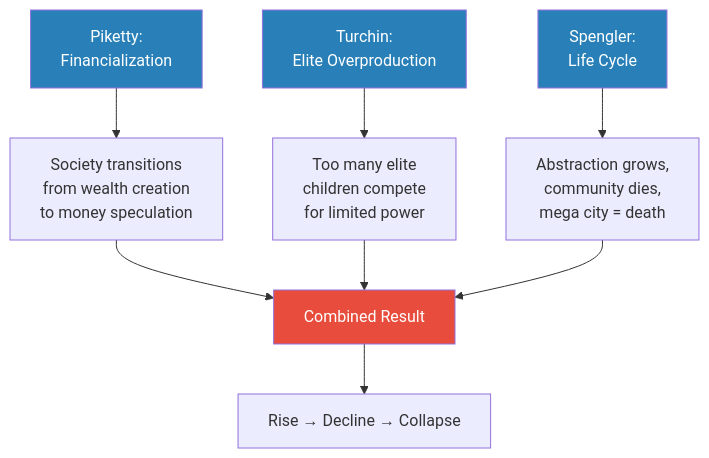
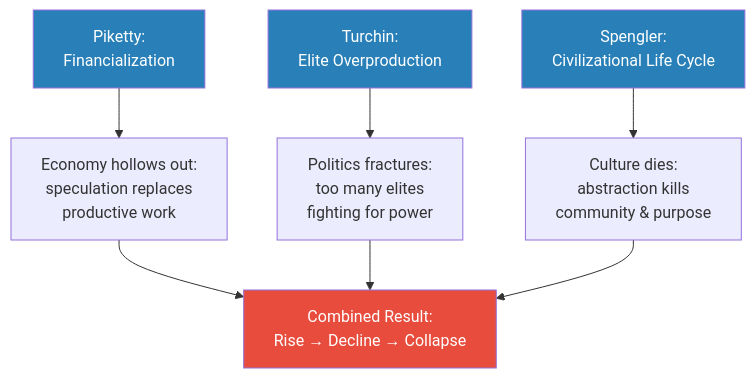
One commit to alius33/reader changed diagram 11 of 11 in summaries/Lectures/Secret History/02 - How Societies Collapse.md. Above: the diagram before and after it, drawn with Mermaid. The commit also changed other lines of this file and 26 other files, not shown here.

````diff
--- a/summaries/Lectures/Secret History/02 - How Societies Collapse.md
+++ b/summaries/Lectures/Secret History/02 - How Societies Collapse.md
@@ -529,14 +583,16 @@
 ```mermaid
 flowchart TB
-    P["Piketty:<br/>Financialization"] --> S["Society transitions<br/>from wealth creation<br/>to money speculation"]
-    T["Turchin:<br/>Elite Overproduction"] --> E["Too many elite<br/>children compete<br/>for limited power"]
-    SP["Spengler:<br/>Life Cycle"] --> A["Abstraction grows,<br/>community dies,<br/>mega city = death"]
-    S --> R["Combined Result"]
-    E --> R
-    A --> R
-    R --> C["Rise → Decline → Collapse"]
+    P["Piketty:<br/>Financialization"]
+    T["Turchin:<br/>Elite Overproduction"]
+    SP["Spengler:<br/>Civilizational Life Cycle"]
+    P --> PE["Economy hollows out:<br/>speculation replaces<br/>productive work"]
+    T --> TE["Politics fractures:<br/>too many elites<br/>fighting for power"]
+    SP --> SE["Culture dies:<br/>abstraction kills<br/>community & purpose"]
+    PE --> R["Combined Result:<br/>Rise → Decline → Collapse"]
+    TE --> R
+    SE --> R
     style P fill:#2980b9,color:#fff
     style T fill:#2980b9,color:#fff
     style SP fill:#2980b9,color:#fff
     style R fill:#e74c3c,color:#fff
 ```
````
